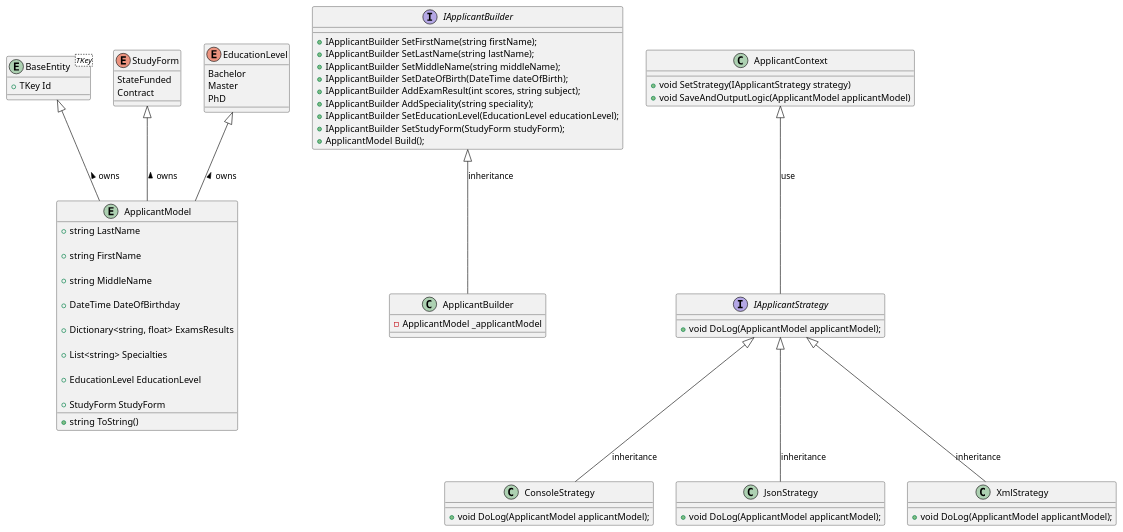
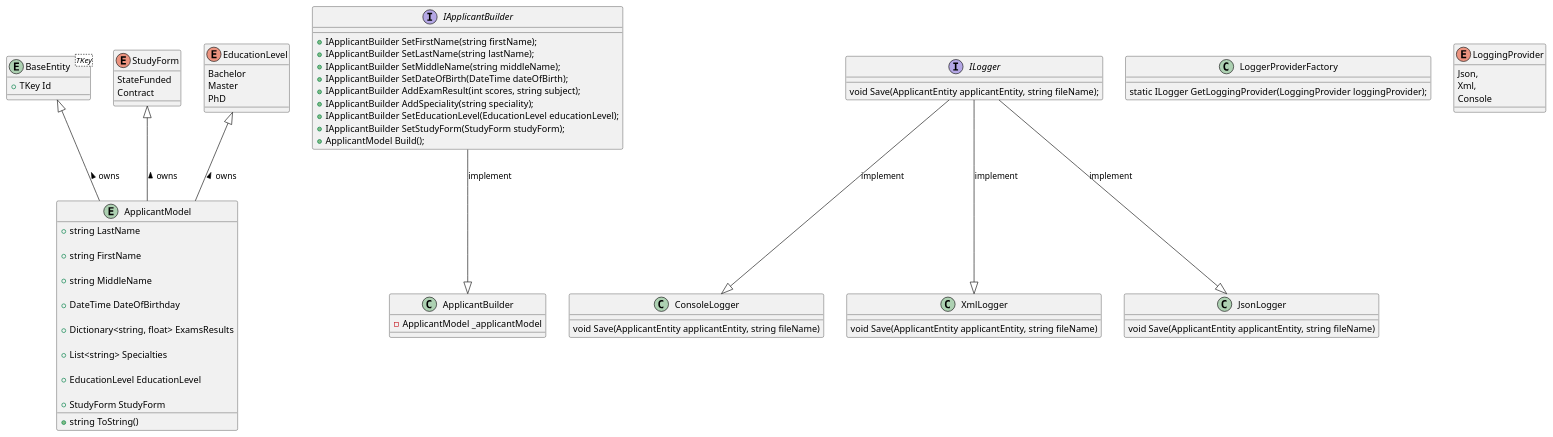
The diagram in Lab4/Lab4.Console/Diagrams/Program.cs.puml (Sqvlen/Microsoft.NET), drawn with PlantUML before and after one commit. The commit also changed 8 other files, not shown here.

```diff
--- a/Lab4/Lab4.Console/Diagrams/Program.cs.puml
+++ b/Lab4/Lab4.Console/Diagrams/Program.cs.puml
@@ -1,93 +1,100 @@
 @startuml
 'https://plantuml.com/class-diagram
 
 entity BaseEntity<TKey>
 {
 + TKey Id
 }
 entity ApplicantModel
 {
  + string LastName 
 
  + string FirstName 
 
  + string MiddleName 
 
  + DateTime DateOfBirthday 
 
  + Dictionary<string, float> ExamsResults
 
  + List<string> Specialties
 
  + EducationLevel EducationLevel 
 
  + StudyForm StudyForm 
  
  + string ToString()
 }
 
 BaseEntity <|-- ApplicantModel : < owns
 StudyForm <|-- ApplicantModel : < owns
 EducationLevel <|-- ApplicantModel : < owns
 
 enum StudyForm {
 StateFunded
 Contract
 }
 
 enum EducationLevel
 {
 Bachelor
 Master
 PhD
 }
 
 class ApplicantBuilder
 {
 - ApplicantModel _applicantModel
 }
 
-IApplicantBuilder <|-- ApplicantBuilder : inheritance
+IApplicantBuilder --|> ApplicantBuilder : implement
 
 interface IApplicantBuilder
 {
 + IApplicantBuilder SetFirstName(string firstName);
 + IApplicantBuilder SetLastName(string lastName);
 + IApplicantBuilder SetMiddleName(string middleName);
 + IApplicantBuilder SetDateOfBirth(DateTime dateOfBirth);
 + IApplicantBuilder AddExamResult(int scores, string subject);
 + IApplicantBuilder AddSpeciality(string speciality);
 + IApplicantBuilder SetEducationLevel(EducationLevel educationLevel);
 + IApplicantBuilder SetStudyForm(StudyForm studyForm);
 + ApplicantModel Build();
 }
 
-class ApplicantContext
+interface ILogger
 {
-+ void SetStrategy(IApplicantStrategy strategy)
-+ void SaveAndOutputLogic(ApplicantModel applicantModel)
-}
-interface IApplicantStrategy
-{
-+ void DoLog(ApplicantModel applicantModel);
-}
-class ConsoleStrategy
-{
-+ void DoLog(ApplicantModel applicantModel);
-}
-class JsonStrategy
-{
-+ void DoLog(ApplicantModel applicantModel);
-}
-class XmlStrategy
-{
-+ void DoLog(ApplicantModel applicantModel);
+    void Save(ApplicantEntity applicantEntity, string fileName);
 }
 
-ApplicantContext <|-- IApplicantStrategy : use
+class ConsoleLogger 
+{
+    void Save(ApplicantEntity applicantEntity, string fileName)
+}
 
-IApplicantStrategy <|-- JsonStrategy : inheritance
-IApplicantStrategy <|-- XmlStrategy : inheritance
-IApplicantStrategy <|-- ConsoleStrategy : inheritance
+class XmlLogger 
+{
+    void Save(ApplicantEntity applicantEntity, string fileName)
+}
 
+class JsonLogger 
+{
+    void Save(ApplicantEntity applicantEntity, string fileName)
+}
+
+ILogger --|> ConsoleLogger : implement
+ILogger --|> JsonLogger : implement
+ILogger --|> XmlLogger : implement
+
+class LoggerProviderFactory
+{
+    static ILogger GetLoggingProvider(LoggingProvider loggingProvider);
+}
+
+enum LoggingProvider
+{
+    Json,
+    Xml,
+    Console
+}
 @enduml
```
